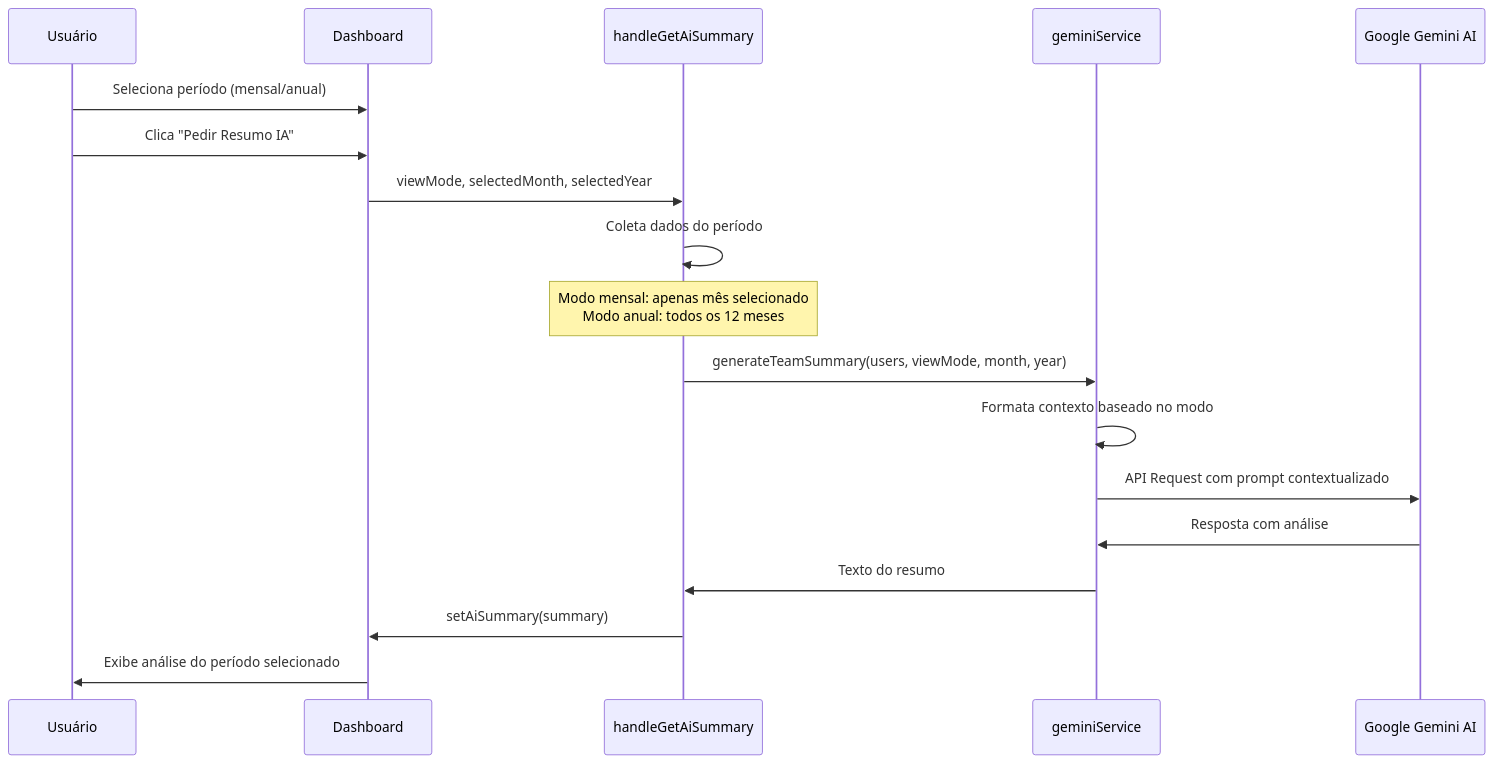
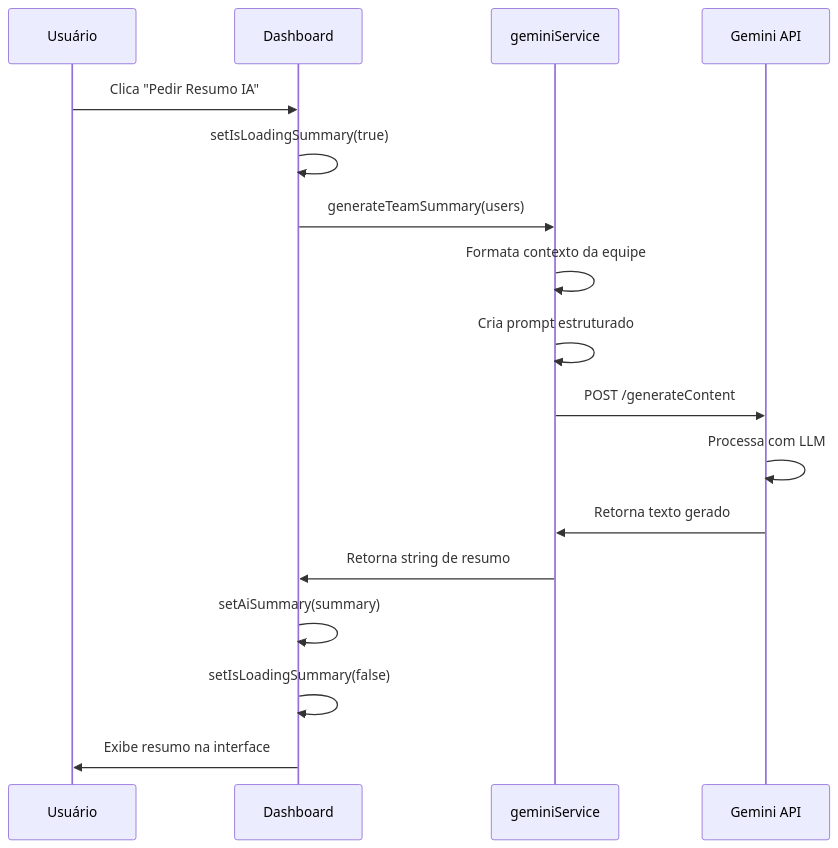
The sixth of 11 diagrams in docs/ARCHITECTURE.md (OlosLive/holidayGo), drawn with Mermaid before and after one commit. The commit also changed other lines of this file and 8 other files, not shown here.

````diff
--- a/docs/ARCHITECTURE.md
+++ b/docs/ARCHITECTURE.md
@@ -678,21 +302,20 @@
 ```mermaid
 sequenceDiagram
-    participant User as Usuário
-    participant Dashboard as Dashboard
-    participant Handler as handleGetAiSummary
-    participant Service as geminiService
-    participant Gemini as Google Gemini AI
+    participant U as Usuário
+    participant D as Dashboard
+    participant S as geminiService
+    participant G as Gemini API
     
-    User->>Dashboard: Seleciona período (mensal/anual)
-    User->>Dashboard: Clica "Pedir Resumo IA"
-    Dashboard->>Handler: viewMode, selectedMonth, selectedYear
-    Handler->>Handler: Coleta dados do período
-    Note over Handler: Modo mensal: apenas mês selecionado<br/>Modo anual: todos os 12 meses
-    Handler->>Service: generateTeamSummary(users, viewMode, month, year)
-    Service->>Service: Formata contexto baseado no modo
-    Service->>Gemini: API Request com prompt contextualizado
-    Gemini->>Service: Resposta com análise
-    Service->>Handler: Texto do resumo
-    Handler->>Dashboard: setAiSummary(summary)
-    Dashboard->>User: Exibe análise do período selecionado
+    U->>D: Clica "Pedir Resumo IA"
+    D->>D: setIsLoadingSummary(true)
+    D->>S: generateTeamSummary(users)
+    S->>S: Formata contexto da equipe
+    S->>S: Cria prompt estruturado
+    S->>G: POST /generateContent
+    G->>G: Processa com LLM
+    G->>S: Retorna texto gerado
+    S->>D: Retorna string de resumo
+    D->>D: setAiSummary(summary)
+    D->>D: setIsLoadingSummary(false)
+    D->>U: Exibe resumo na interface
 ```
````
